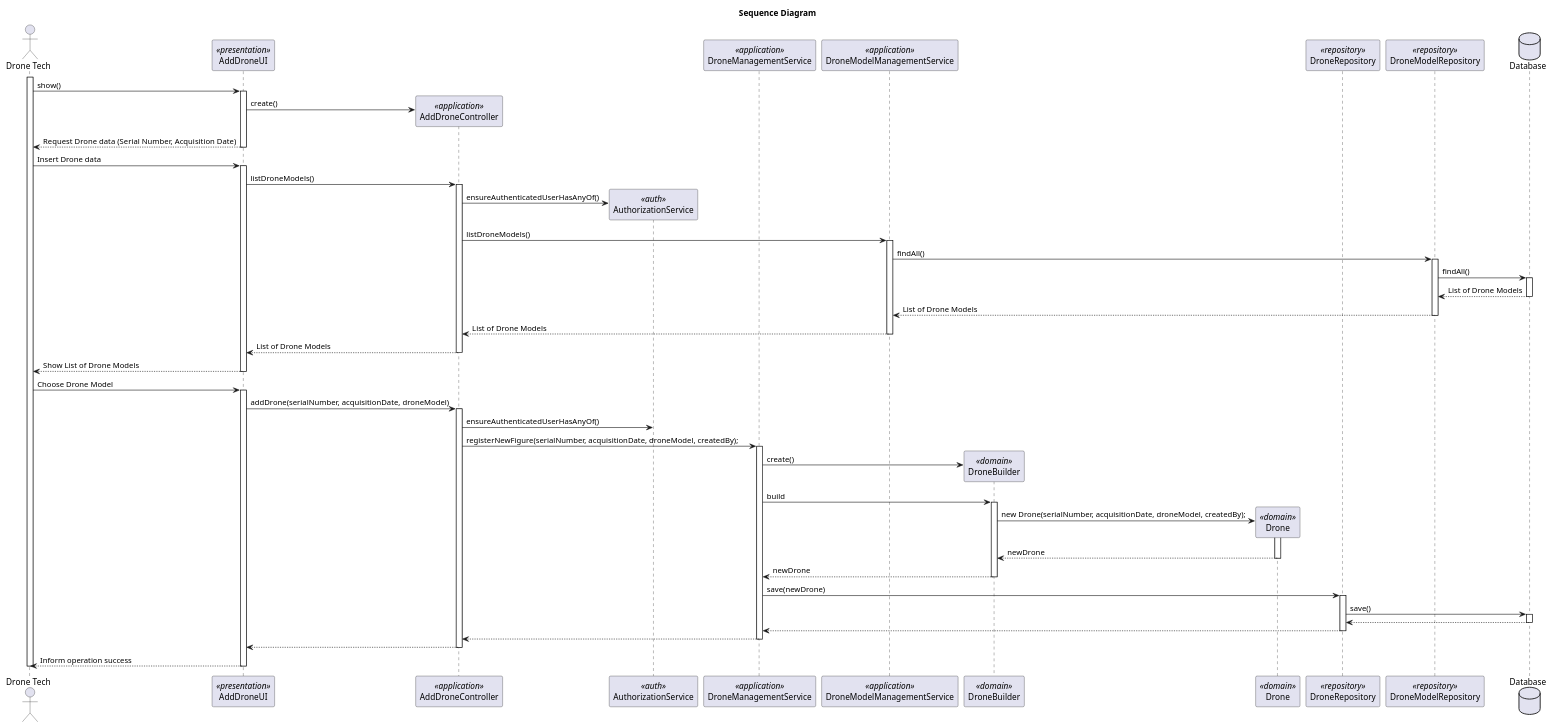
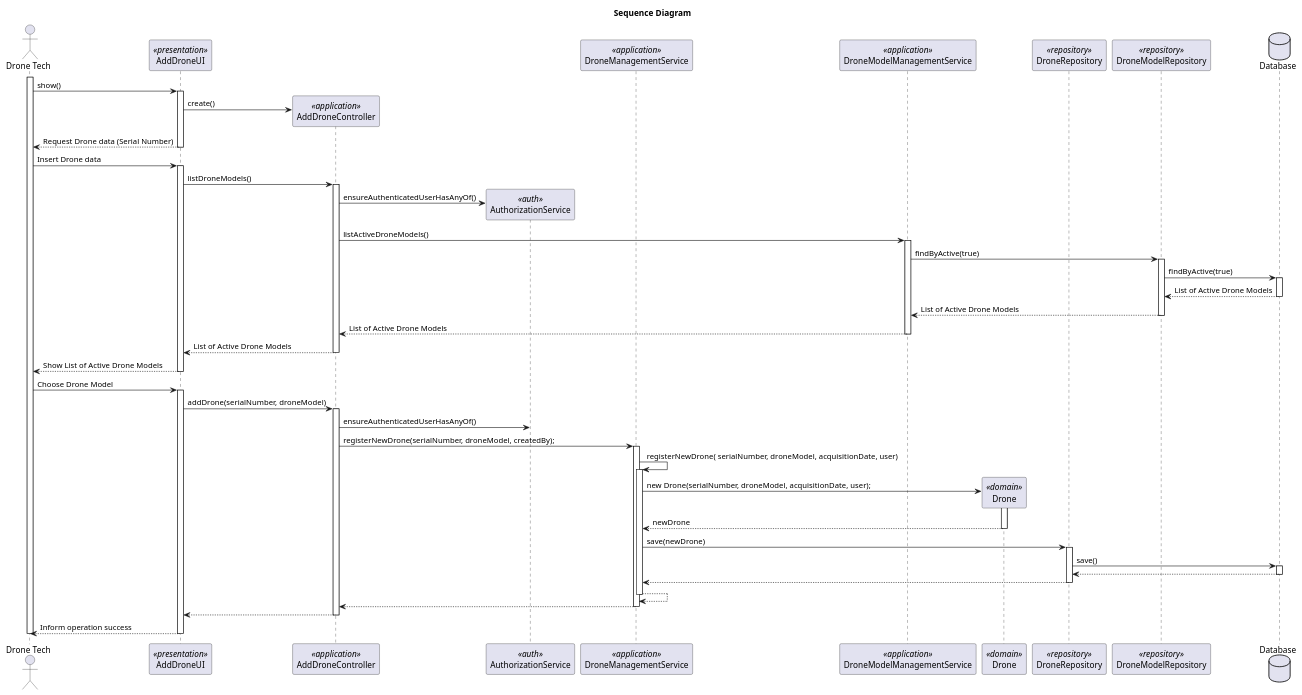
One commit to rubenFreitas1/ISEP-LAPR4-2024-2025 changed the diagram in docs/Sprint2/us_241/diagrams/sequence-diagram-US241.puml. Above: the diagram before and after it, drawn with PlantUML. The commit also changed 1 other file, not shown here.

```diff
--- a/docs/Sprint2/us_241/diagrams/sequence-diagram-US241.puml
+++ b/docs/Sprint2/us_241/diagrams/sequence-diagram-US241.puml
@@ -1,106 +1,103 @@
 @startuml
 title Sequence Diagram
 
 actor "Drone Tech" as Actor
 participant "AddDroneUI" as UI <<presentation>>
 participant "AddDroneController" as Controller <<application>>
 participant "AuthorizationService" as AuthorizationService <<auth>>
 participant "DroneManagementService" as DroneManagementService <<application>>
 participant "DroneModelManagementService" as DroneModelManagementService <<application>>
-participant "DroneBuilder" as DroneBuilder <<domain>>
 participant "Drone" as Drone <<domain>>
 participant "DroneRepository" as DroneRepository <<repository>>
 participant "DroneModelRepository" as DroneModelRepository <<repository>>
 
 database "Database" as Database
 
 activate Actor
 
 Actor -> UI: show()
     activate UI
 
 UI -> Controller** : create()
-UI --> Actor: Request Drone data (Serial Number, Acquisition Date)
+UI --> Actor: Request Drone data (Serial Number)
     deactivate UI
 
  Actor -> UI: Insert Drone data
   activate UI
 
 UI -> Controller: listDroneModels()
     activate Controller
 
         Controller -> AuthorizationService** : ensureAuthenticatedUserHasAnyOf()
 
-        Controller -> DroneModelManagementService: listDroneModels()
+        Controller -> DroneModelManagementService: listActiveDroneModels()
             activate DroneModelManagementService
 
-                DroneModelManagementService -> DroneModelRepository: findAll()
+                DroneModelManagementService -> DroneModelRepository: findByActive(true)
                     activate DroneModelRepository
 
-                        DroneModelRepository -> Database:  findAll()
+                        DroneModelRepository -> Database:  findByActive(true)
                             activate Database
 
-                                Database --> DroneModelRepository: List of Drone Models
+                                Database --> DroneModelRepository: List of Active Drone Models
                             deactivate Database
-                        DroneModelRepository --> DroneModelManagementService: List of Drone Models
+                        DroneModelRepository --> DroneModelManagementService: List of Active Drone Models
                     deactivate DroneModelRepository
 
 
-                DroneModelManagementService --> Controller: List of Drone Models
+                DroneModelManagementService --> Controller: List of Active Drone Models
             deactivate DroneModelManagementService
 
-        Controller --> UI: List of Drone Models
+        Controller --> UI: List of Active Drone Models
     deactivate Controller
 
-UI --> Actor: Show List of Drone Models
+UI --> Actor: Show List of Active Drone Models
 deactivate UI
 
 Actor -> UI: Choose Drone Model
 
 
     activate UI
 
-        UI -> Controller : addDrone(serialNumber, acquisitionDate, droneModel)
+        UI -> Controller : addDrone(serialNumber, droneModel)
             activate Controller
 
                 Controller -> AuthorizationService : ensureAuthenticatedUserHasAnyOf()
 
-                Controller -> DroneManagementService : registerNewFigure(serialNumber, acquisitionDate, droneModel, createdBy);
+                Controller -> DroneManagementService : registerNewDrone(serialNumber, droneModel, createdBy);
                 activate DroneManagementService
 
-                    DroneManagementService -> DroneBuilder**: create()
-                    DroneManagementService -> DroneBuilder: build
-                        activate DroneBuilder
-                            DroneBuilder -> Drone** : new Drone(serialNumber, acquisitionDate, droneModel, createdBy);
+                    DroneManagementService -> DroneManagementService: registerNewDrone( serialNumber, droneModel, acquisitionDate, user)
+                    Activate DroneManagementService
+
+                    DroneManagementService -> Drone** : new Drone(serialNumber, droneModel, acquisitionDate, user);
                                 activate Drone
 
-                                   Drone --> DroneBuilder : newDrone
+                                   Drone --> DroneManagementService : newDrone
                                 deactivate Drone
-
-                            DroneBuilder --> DroneManagementService : newDrone
-
-                        deactivate DroneBuilder
 
                     DroneManagementService -> DroneRepository : save(newDrone)
 
                     activate DroneRepository
 
                              DroneRepository -> Database : save()
                              activate Database
 
                                 Database --> DroneRepository
                              deactivate Database
 
                              DroneRepository --> DroneManagementService
                     deactivate DroneRepository
+                    DroneManagementService --> DroneManagementService
+                    deactivate DroneManagementService
 
                     DroneManagementService --> Controller
                 deactivate DroneManagementService
 
                 Controller --> UI
             deactivate Controller
         UI --> Actor : Inform operation success
         deactivate UI
 deactivate Actor
 
 @enduml
```
